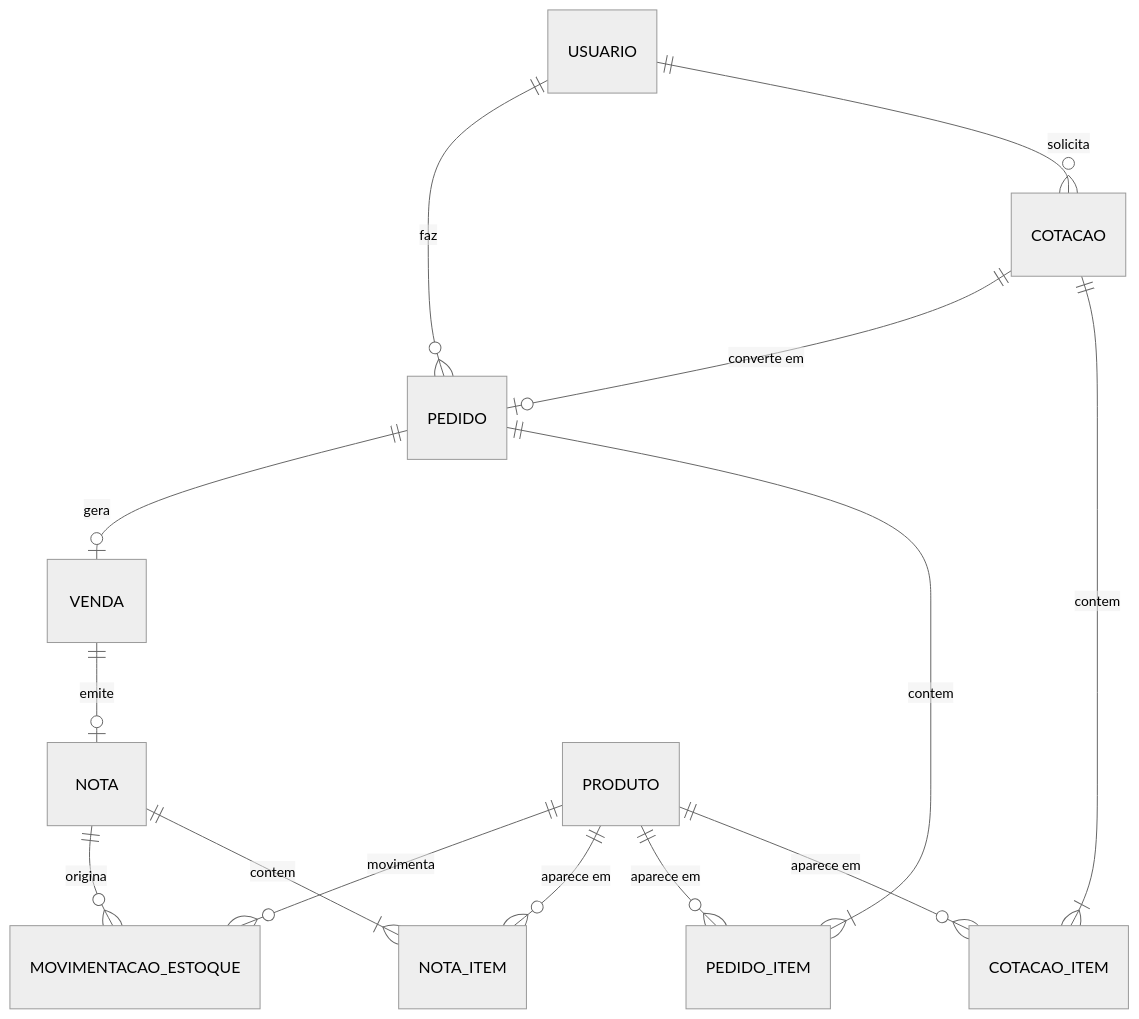
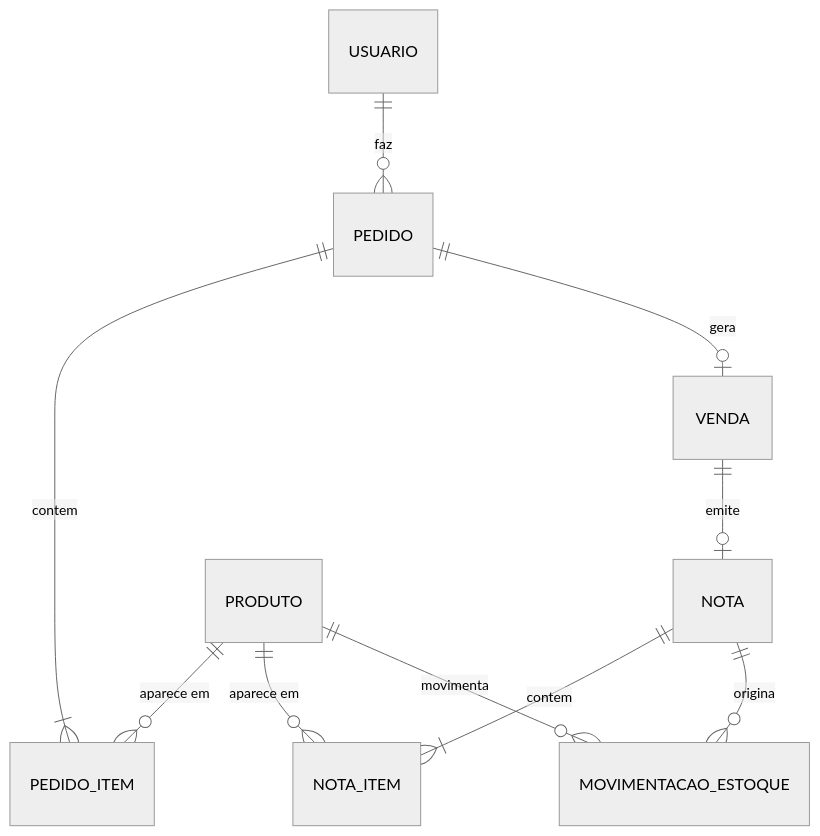
Before and after one commit to Protagonistas-ADS/PI-2: the sixth of 9 diagrams in README.md, drawn with Mermaid (neutral theme). The commit also changed other lines of this file, not shown here.

````diff
--- a/README.md
+++ b/README.md
@@ -314,16 +289,12 @@
 ```mermaid
 erDiagram
-    USUARIO ||--o{ COTACAO : solicita
     USUARIO ||--o{ PEDIDO : faz
-    COTACAO ||--|{ COTACAO_ITEM : contem
-    COTACAO ||--o| PEDIDO : "converte em"
     PEDIDO ||--|{ PEDIDO_ITEM : contem
     PEDIDO ||--o| VENDA : gera
     VENDA ||--o| NOTA : emite
     NOTA ||--|{ NOTA_ITEM : contem
-    PRODUTO ||--o{ COTACAO_ITEM : "aparece em"
     PRODUTO ||--o{ PEDIDO_ITEM : "aparece em"
     PRODUTO ||--o{ NOTA_ITEM : "aparece em"
     PRODUTO ||--o{ MOVIMENTACAO_ESTOQUE : movimenta
     NOTA ||--o{ MOVIMENTACAO_ESTOQUE : origina
 ```
````
